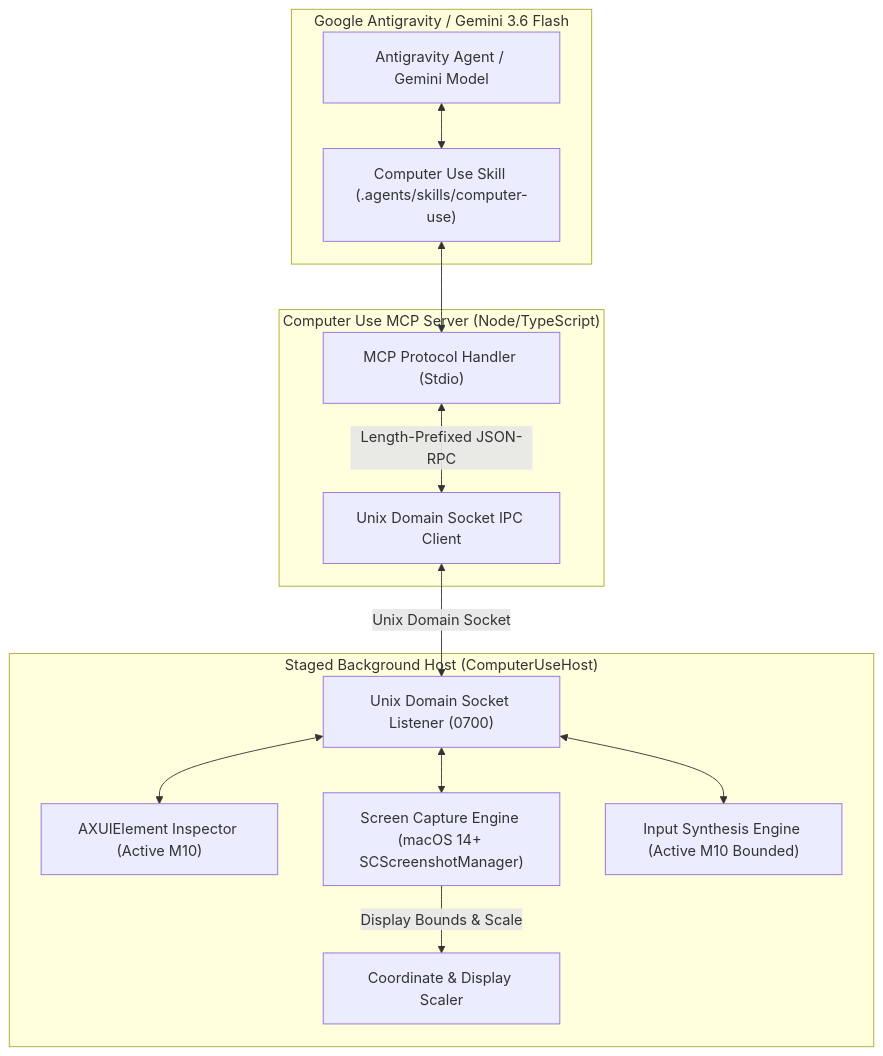
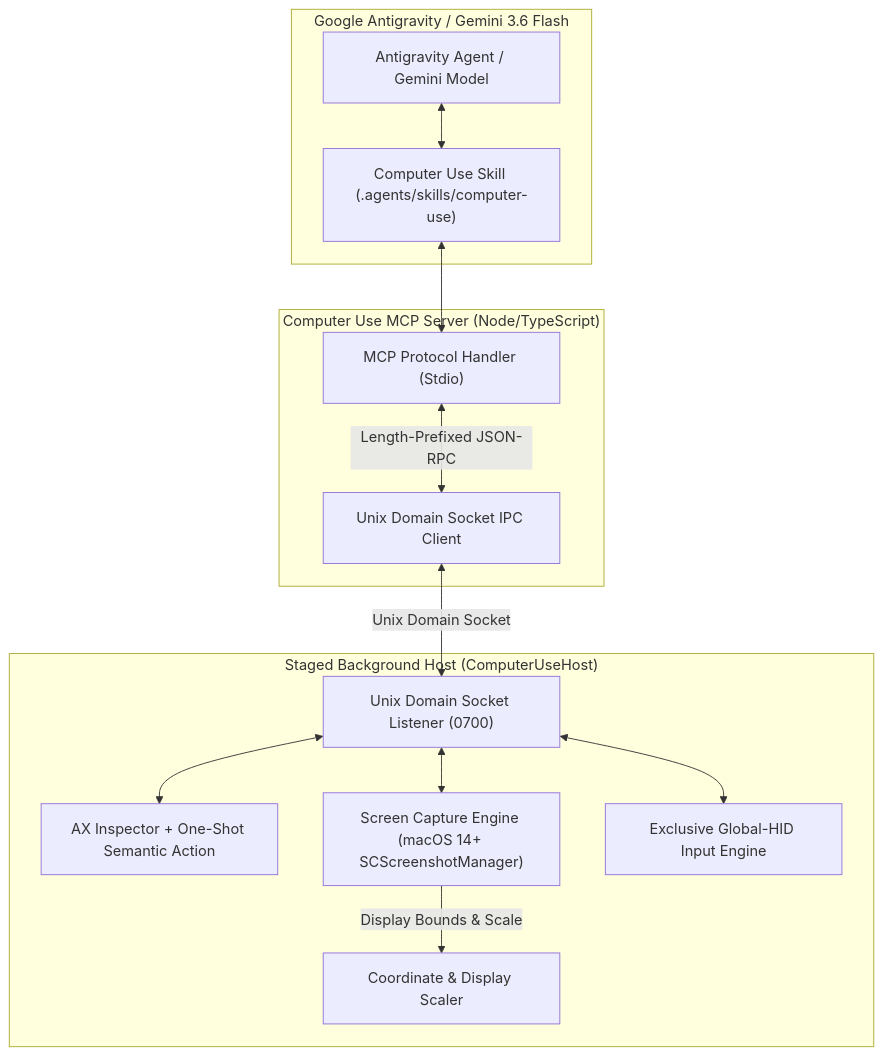
One commit to saariuslystoned/agy-computer-use changed the diagram in README.md. Above: the diagram before and after it, drawn with Mermaid. The commit also changed other lines of this file and 27 other files, not shown here.

Commit message:
feat: add one-shot operator-safe AX press

````diff
--- a/README.md
+++ b/README.md
@@ -22,29 +22,29 @@
 ```mermaid
 flowchart TD
     subgraph Antigravity ["Google Antigravity / Gemini 3.6 Flash"]
         Agent["Antigravity Agent / Gemini Model"]
         Skill["Computer Use Skill (.agents/skills/computer-use)"]
     end
 
     subgraph Server ["Computer Use MCP Server (Node/TypeScript)"]
         MCP["MCP Protocol Handler (Stdio)"]
         SocketClient["Unix Domain Socket IPC Client"]
     end
 
     subgraph Native ["Staged Background Host (ComputerUseHost)"]
         SocketServer["Unix Domain Socket Listener (0700)"]
-        AXEngine["AXUIElement Inspector (Active M10)"]
+        AXEngine["AX Inspector + One-Shot Semantic Action"]
         CapEngine["Screen Capture Engine (macOS 14+ SCScreenshotManager)"]
-        InputEngine["Input Synthesis Engine (Active M10 Bounded)"]
+        InputEngine["Exclusive Global-HID Input Engine"]
         CoordMapper["Coordinate & Display Scaler"]
     end
 
     Agent <--> Skill
     Skill <--> MCP
     MCP <-->|Length-Prefixed JSON-RPC| SocketClient
     SocketClient <-->|Unix Domain Socket| SocketServer
     SocketServer <--> AXEngine
     SocketServer <--> CapEngine
     SocketServer <--> InputEngine
     CapEngine -->|Display Bounds & Scale| CoordMapper
 ```
````
